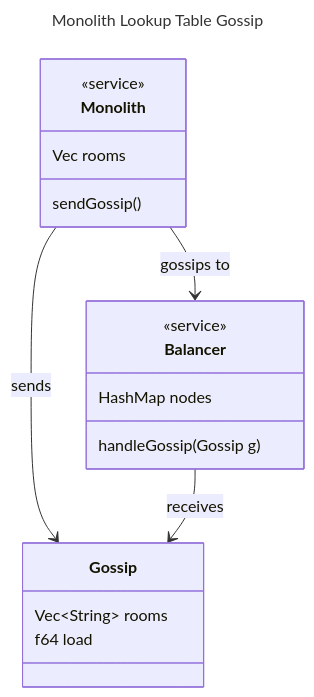
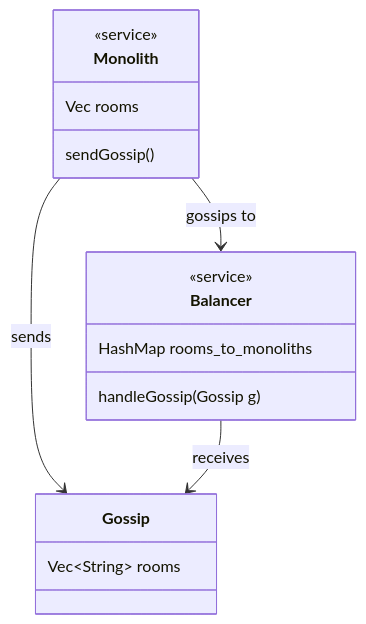
One commit to dyc3/senior-design changed the diagram in figures/gossip-class-diag.mmd. Above: the diagram before and after it, drawn with Mermaid. The commit also changed 2 other files, not shown here.

Commit message:
remove mentions of load represented as an arbitrary float to be more in line with implementation (#383)

```diff
--- a/figures/gossip-class-diag.mmd
+++ b/figures/gossip-class-diag.mmd
@@ -1,27 +1,22 @@
----
-title: Monolith Lookup Table Gossip
----
-
 classDiagram
     class Balancer {
         <<service>>
-        HashMap nodes
+        HashMap rooms_to_monoliths
 
         handleGossip(Gossip g)
     }
 
     class Monolith {
         <<service>>
         Vec<Room> rooms
 
         sendGossip()
     }
 
     class Gossip {
         Vec~String~ rooms
-        f64 load
     }
 
     Monolith --> Gossip : sends
     Balancer --> Gossip : receives
     Monolith --> Balancer : gossips to
```
